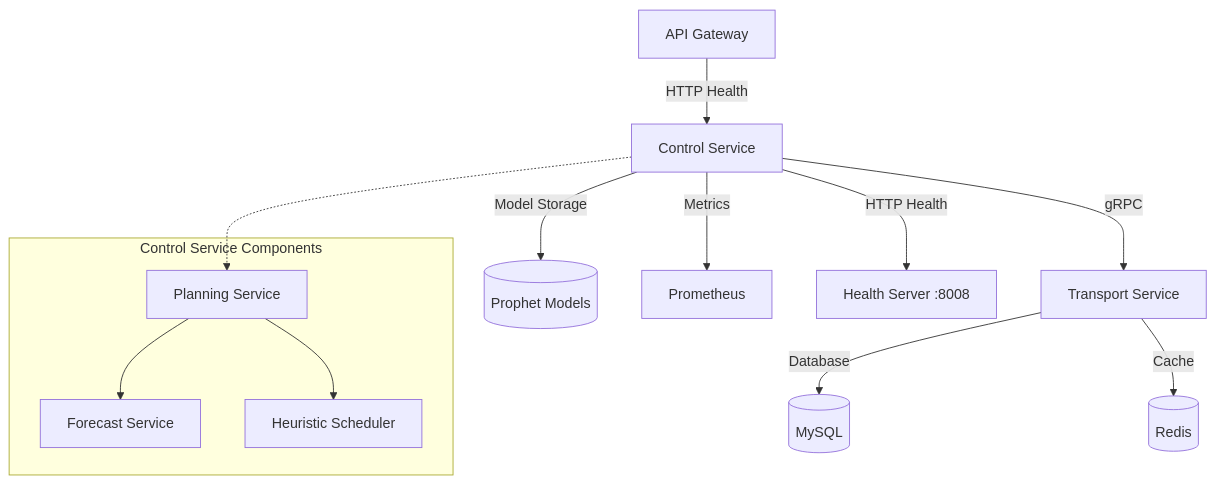
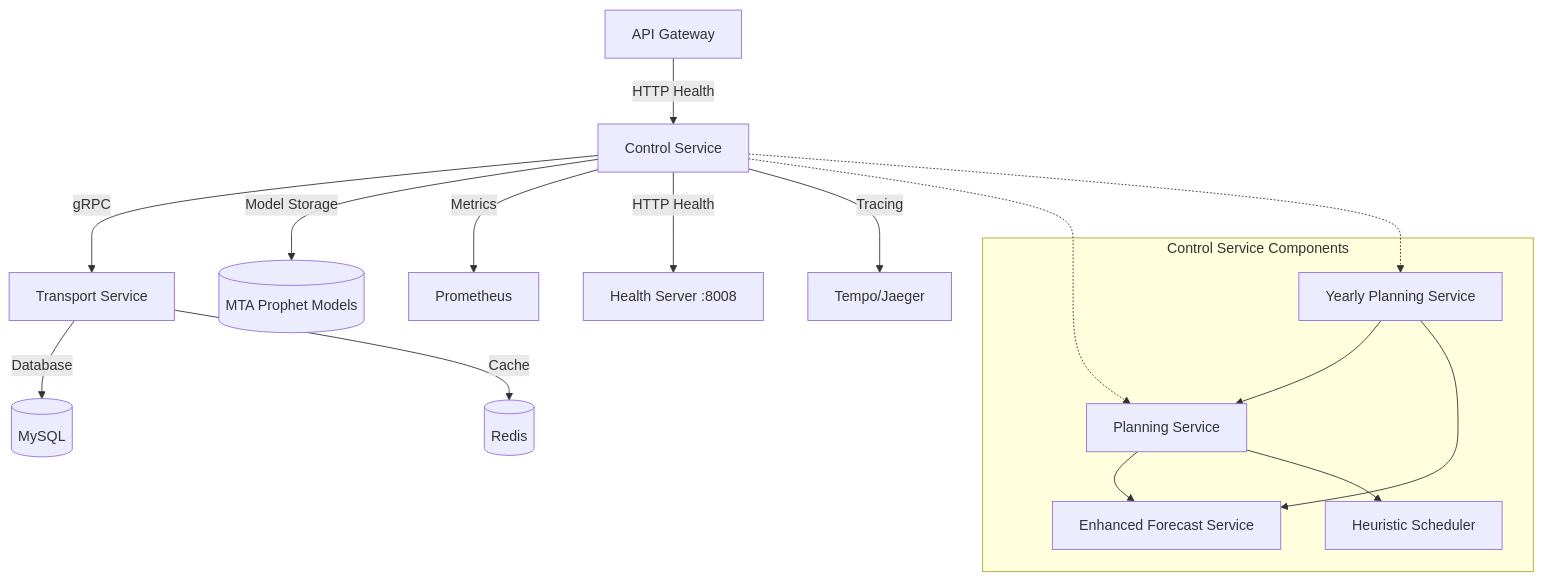
The third of 4 diagrams in control-service/README.md (NamPhAm-Work423/Metro-backend), drawn with Mermaid before and after one commit. The commit also changed other lines of this file and 4 other files, not shown here.

````diff
--- a/control-service/README.md
+++ b/control-service/README.md
@@ -216,20 +159,25 @@
 ```mermaid
 graph TB
   AG[API Gateway] -->|HTTP Health| CS[Control Service]
   CS -->|gRPC| TS[Transport Service]
-  CS -->|Model Storage| PM[(Prophet Models)]
+  CS -->|Model Storage| PM[(MTA Prophet Models)]
   CS -->|Metrics| PROM[Prometheus]
   CS -->|HTTP Health| HS[Health Server :8008]
+  CS -->|Tracing| TEMPO[Tempo/Jaeger]
   TS -->|Database| DB[(MySQL)]
   TS -->|Cache| REDIS[(Redis)]
   
   subgraph CSG["Control Service Components"]
     PS[Planning Service]
-    FS[Forecast Service]
+    EFS[Enhanced Forecast Service]
+    YPS[Yearly Planning Service]
     HS2[Heuristic Scheduler]
-    PS --> FS
+    PS --> EFS
     PS --> HS2
+    YPS --> PS
+    YPS --> EFS
   end
   
   CS -.-> PS
+  CS -.-> YPS
 ```
````
